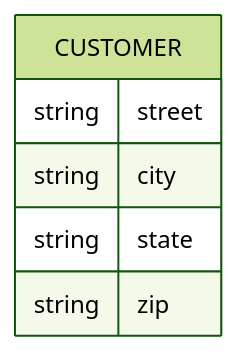
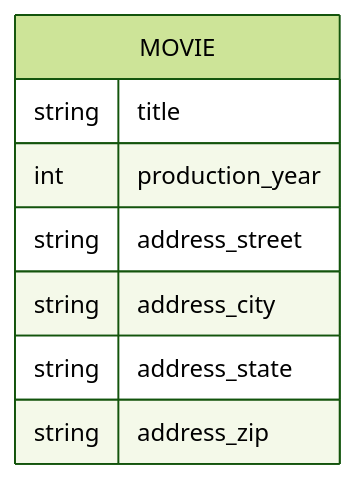
The diagram in Obsidian_Vault/2-Academic/Autumn 2025/Database_Systems/3_Relational_Model_And_Database_Design/Composite_Attribute.md (DagimAlemayehuu/Ater), drawn with Mermaid (forest theme) before and after one commit. The commit also changed other lines of this file and 41 other files, not shown here.

````diff
--- a/Obsidian_Vault/2-Academic/Autumn 2025/Database_Systems/3_Relational_Model_And_Database_Design/Composite_Attribute.md
+++ b/Obsidian_Vault/2-Academic/Autumn 2025/Database_Systems/3_Relational_Model_And_Database_Design/Composite_Attribute.md
@@ -30,9 +35,11 @@
 ```mermaid
 erDiagram
-    CUSTOMER {
-        string street
-        string city
-        string state
-        string zip
+    MOVIE {
+        string title
+        int production_year
+        string address_street
+        string address_city
+        string address_state
+        string address_zip
     }
 ```
````
